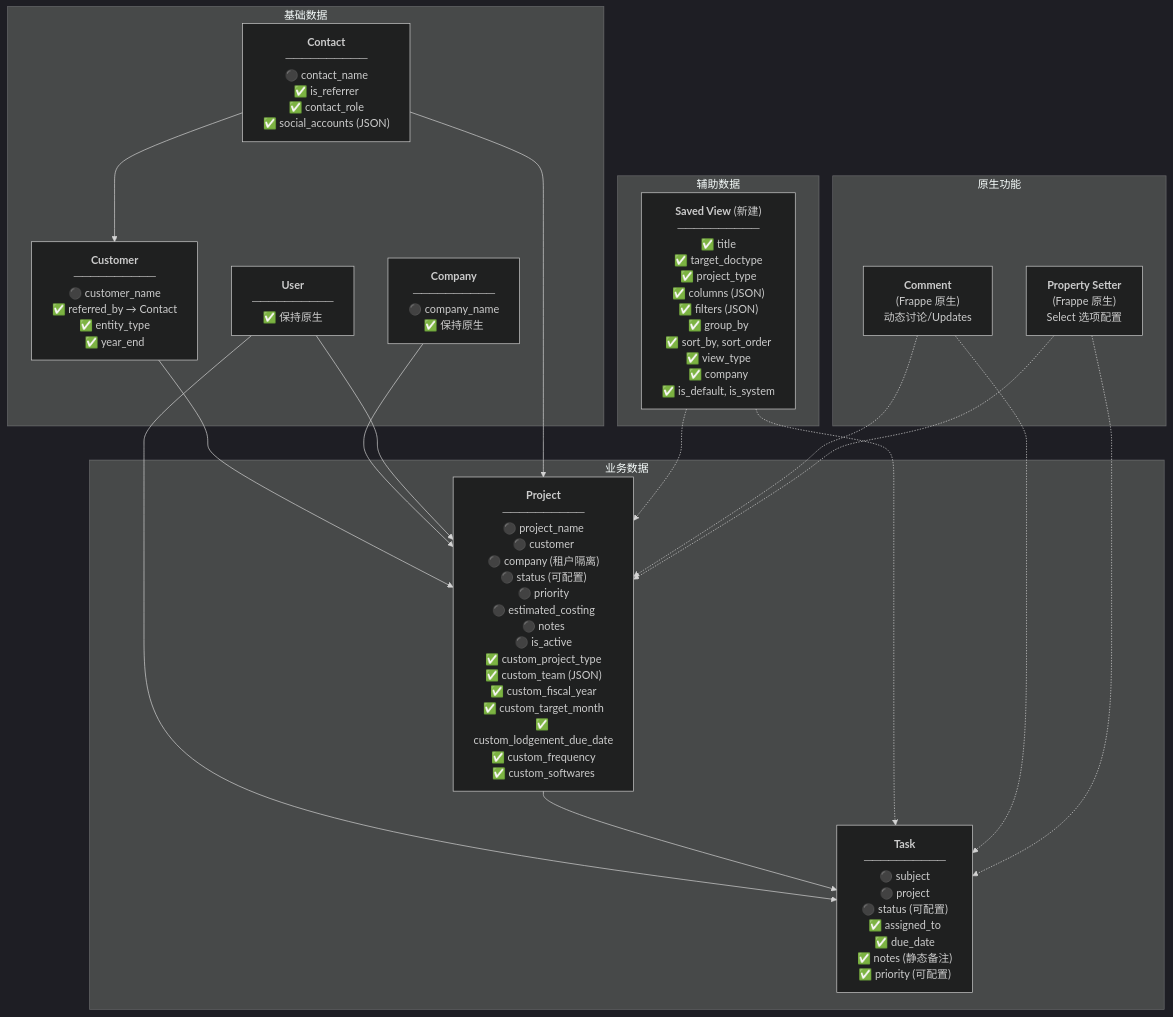
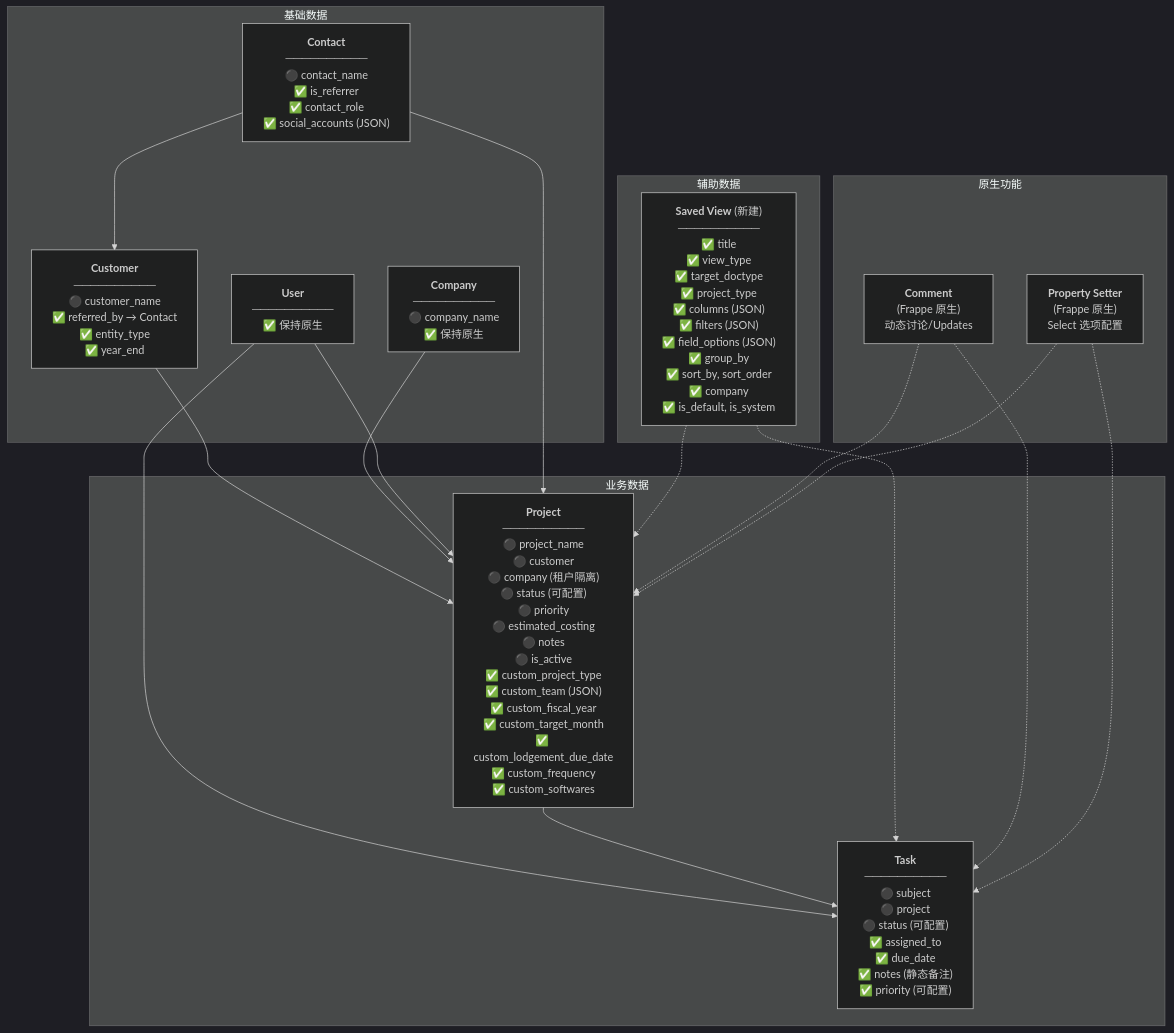
Before and after one commit to Top-Figures-Business-Solution-Pty-Ltd/Smart-Accounting-SaaS-Platform: the second of 2 diagrams in docs/A_Data_Model_Assessment.md, drawn with Mermaid (dark theme). The commit also changed other lines of this file and 2 other files, not shown here.

````diff
--- a/docs/A_Data_Model_Assessment.md
+++ b/docs/A_Data_Model_Assessment.md
@@ -108,42 +108,42 @@
 ```mermaid
 flowchart TB
     subgraph 基础数据
         CUSTOMER["<b>Customer</b><br/>──────────<br/>⚫ customer_name<br/>✅ referred_by → Contact<br/>✅ entity_type<br/>✅ year_end"]
         
         CONTACT["<b>Contact</b><br/>──────────<br/>⚫ contact_name<br/>✅ is_referrer<br/>✅ contact_role<br/>✅ social_accounts (JSON)"]
         
         COMPANY["<b>Company</b><br/>──────────<br/>⚫ company_name<br/>✅ 保持原生"]
         
         USER["<b>User</b><br/>──────────<br/>✅ 保持原生"]
     end
     
     subgraph 业务数据
         PROJ["<b>Project</b><br/>──────────<br/>⚫ project_name<br/>⚫ customer<br/>⚫ company (租户隔离)<br/>⚫ status (可配置)<br/>⚫ priority<br/>⚫ estimated_costing<br/>⚫ notes<br/>⚫ is_active<br/>✅ custom_project_type<br/>✅ custom_team (JSON)<br/>✅ custom_fiscal_year<br/>✅ custom_target_month<br/>✅ custom_lodgement_due_date<br/>✅ custom_frequency<br/>✅ custom_softwares"]
         
         TASK["<b>Task</b><br/>──────────<br/>⚫ subject<br/>⚫ project<br/>⚫ status (可配置)<br/>✅ assigned_to<br/>✅ due_date<br/>✅ notes (静态备注)<br/>✅ priority (可配置)"]
     end
     
     subgraph 辅助数据
-        SV["<b>Saved View</b> (新建)<br/>──────────<br/>✅ title<br/>✅ target_doctype<br/>✅ project_type<br/>✅ columns (JSON)<br/>✅ filters (JSON)<br/>✅ group_by<br/>✅ sort_by, sort_order<br/>✅ view_type<br/>✅ company<br/>✅ is_default, is_system"]
+        SV["<b>Saved View</b> (新建)<br/>──────────<br/>✅ title<br/>✅ view_type<br/>✅ target_doctype<br/>✅ project_type<br/>✅ columns (JSON)<br/>✅ filters (JSON)<br/>✅ field_options (JSON)<br/>✅ group_by<br/>✅ sort_by, sort_order<br/>✅ company<br/>✅ is_default, is_system"]
     end
     
     subgraph 原生功能
         CMT["<b>Comment</b><br/>(Frappe 原生)<br/>动态讨论/Updates"]
         PS["<b>Property Setter</b><br/>(Frappe 原生)<br/>Select 选项配置"]
     end
     
     CONTACT --> CUSTOMER
     CUSTOMER --> PROJ
     COMPANY --> PROJ
     USER --> PROJ
     USER --> TASK
     CONTACT --> PROJ
     PROJ --> TASK
     
     SV -.-> PROJ
     SV -.-> TASK
     CMT -.-> PROJ
     CMT -.-> TASK
     PS -.-> PROJ
     PS -.-> TASK
 ```
````
